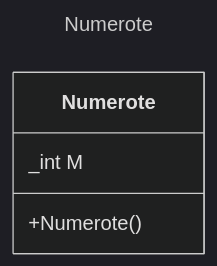
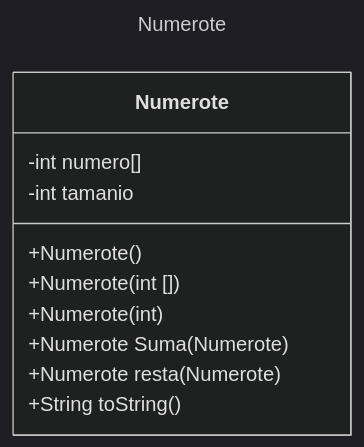
One commit to CLA-PRA/GHUB.java.EJ.TAD.LourdesArmenta changed the seventh of 11 diagrams in README.md. Above: the diagram before and after it, drawn with Mermaid (dark theme). The commit also changed other lines of this file and 16 other files, not shown here.

````diff
--- a/README.md
+++ b/README.md
@@ -141,10 +163,17 @@
 ```mermaid
 ---
 title: Numerote
 ---
 classDiagram
       class Numerote
-      Numerote:_int M
-      Numerote:+Numerote()
+      Numerote: -int numero[]
+      Numerote: -int tamanio
+      Numerote: +Numerote()
+      Numerote: +Numerote(int [])
+      Numerote: +Numerote(int)
+      Numerote: +Numerote Suma(Numerote)
+      Numerote: +Numerote resta(Numerote)
+      Numerote: +String toString()
+
       
 ```
````
